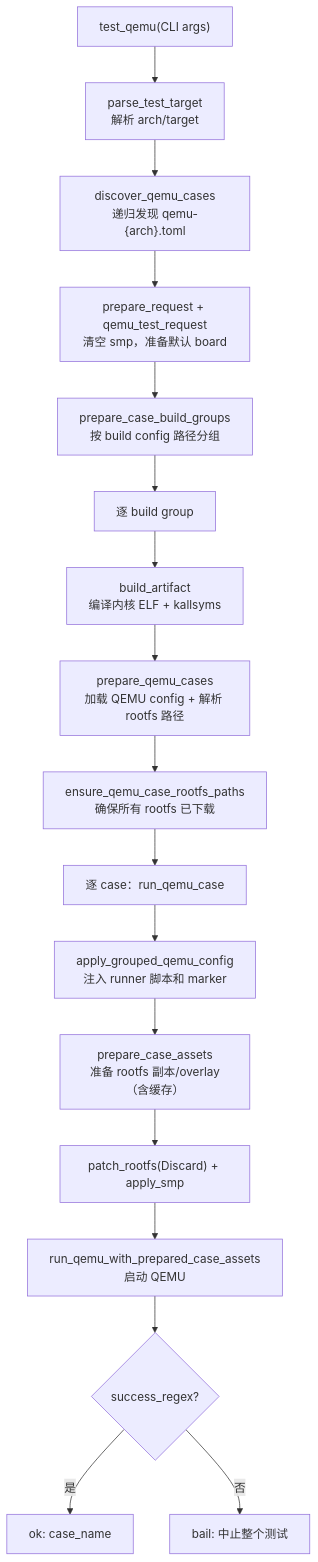
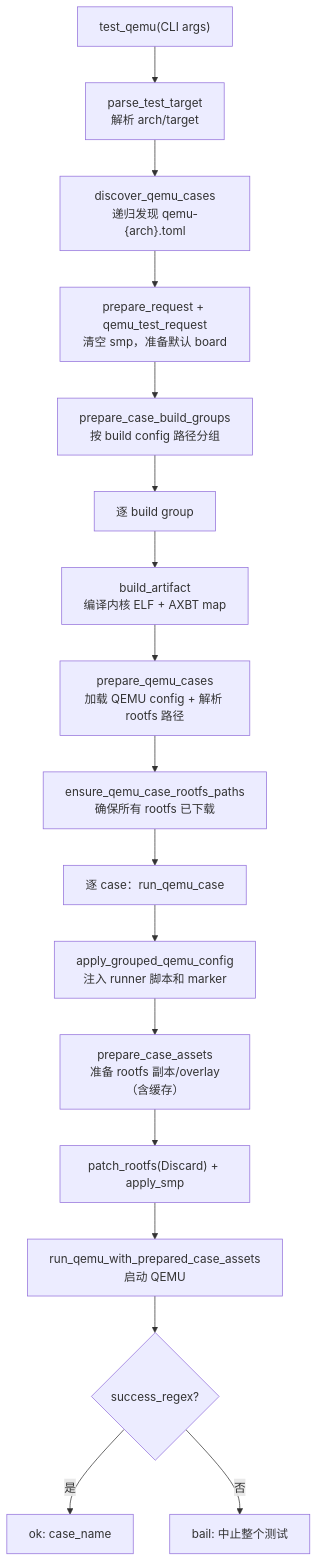
One commit to rcore-os/tgoskits changed the diagram in docs/docs/build/starry/test.md. Above: the diagram before and after it, drawn with Mermaid. The commit also changed other lines of this file and 121 other files, not shown here.

````diff
--- a/docs/docs/build/starry/test.md
+++ b/docs/docs/build/starry/test.md
@@ -60,19 +60,19 @@
 ```mermaid
 flowchart TD
     A["test_qemu(CLI args)"] --> B["parse_test_target<br/>解析 arch/target"]
     B --> C["discover_qemu_cases<br/>递归发现 qemu-{arch}.toml"]
     C --> D["prepare_request + qemu_test_request<br/>清空 smp，准备默认 board"]
     D --> E["prepare_case_build_groups<br/>按 build config 路径分组"]
     E --> F["逐 build group"]
-    F --> G["build_artifact<br/>编译内核 ELF + kallsyms"]
+    F --> G["build_artifact<br/>编译内核 ELF + AXBT map"]
     G --> H["prepare_qemu_cases<br/>加载 QEMU config + 解析 rootfs 路径"]
     H --> I["ensure_qemu_case_rootfs_paths<br/>确保所有 rootfs 已下载"]
     I --> J["逐 case：run_qemu_case"]
     J --> K["apply_grouped_qemu_config<br/>注入 runner 脚本和 marker"]
     K --> L["prepare_case_assets<br/>准备 rootfs 副本/overlay（含缓存）"]
     L --> M["patch_rootfs(Discard) + apply_smp"]
     M --> N["run_qemu_with_prepared_case_assets<br/>启动 QEMU"]
     N --> O{"success_regex?"}
     O -->|是| P["ok: case_name"]
     O -->|否| Q["bail: 中止整个测试"]
 ```
````
